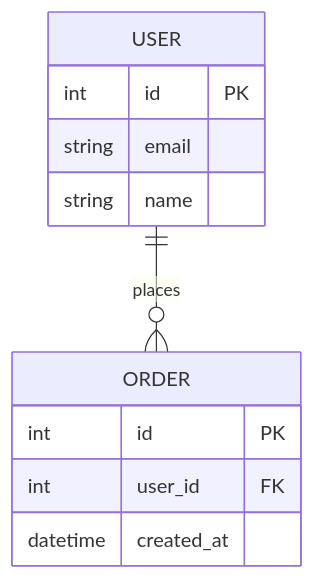
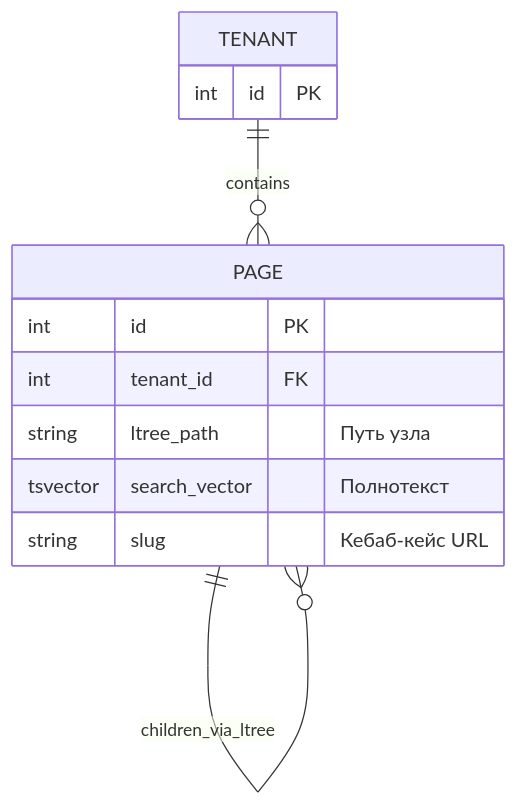
Before and after one commit to bakzzz/wiki: the second of 2 diagrams in docs/architecture.md, drawn with Mermaid. The commit also changed other lines of this file and 7 other files, not shown here.

Commit message:
docs: fill project documentation based on architecture specs

````diff
--- a/docs/architecture.md
+++ b/docs/architecture.md
@@ -39,14 +41,15 @@
 ```mermaid
 erDiagram
-    USER ||--o{ ORDER : places
-    USER {
+    TENANT ||--o{ PAGE : contains
+    PAGE ||--o{ PAGE : children_via_ltree
+    PAGE {
         int id PK
-        string email
-        string name
+        int tenant_id FK
+        string ltree_path "Путь узла"
+        tsvector search_vector "Полнотекст"
+        string slug "Кебаб-кейс URL"
     }
-    ORDER {
+    TENANT {
         int id PK
-        int user_id FK
-        datetime created_at
     }
 ```
````
